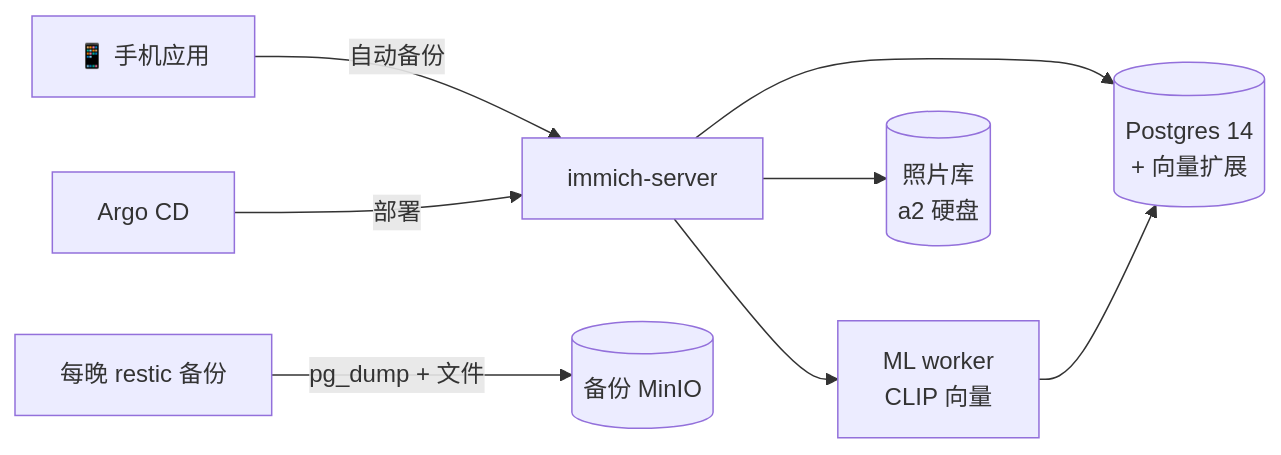
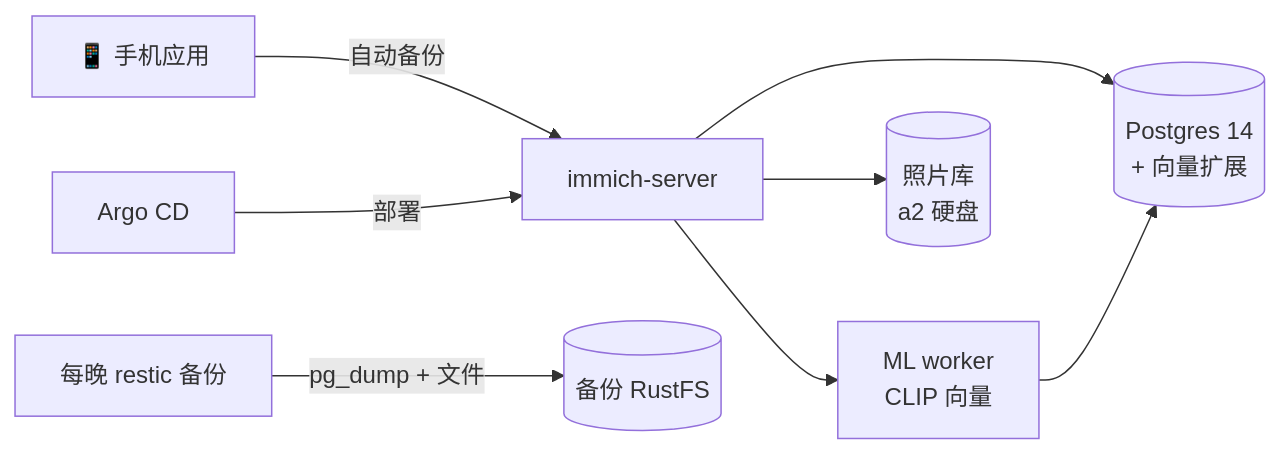
Before and after one commit to briancaffey/home-lab: the diagram in docs-site/i18n/zh-Hans/docusaurus-plugin-content-docs/current/media/immich.md, drawn with Mermaid. The commit also changed 28 other files, not shown here.

````diff
--- a/docs-site/i18n/zh-Hans/docusaurus-plugin-content-docs/current/media/immich.md
+++ b/docs-site/i18n/zh-Hans/docusaurus-plugin-content-docs/current/media/immich.md
@@ -36,10 +36,10 @@
 ```mermaid
 flowchart LR
     PHONE[📱 手机应用] -->|自动备份| S[immich-server]
     S --> PG[(Postgres 14<br/>+ 向量扩展)]
     S --> ML[ML worker<br/>CLIP 向量]
     ML --> PG
     S --> LIB[(照片库<br/>a2 硬盘)]
-    RESTIC[每晚 restic 备份] -->|pg_dump + 文件| MINIO[(备份 MinIO)]
+    RESTIC[每晚 restic 备份] -->|pg_dump + 文件| S3[(备份 RustFS)]
     ARGO[Argo CD] -->|部署| S
 ```
````
